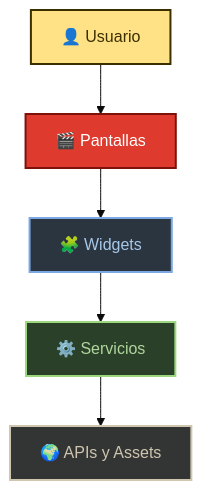
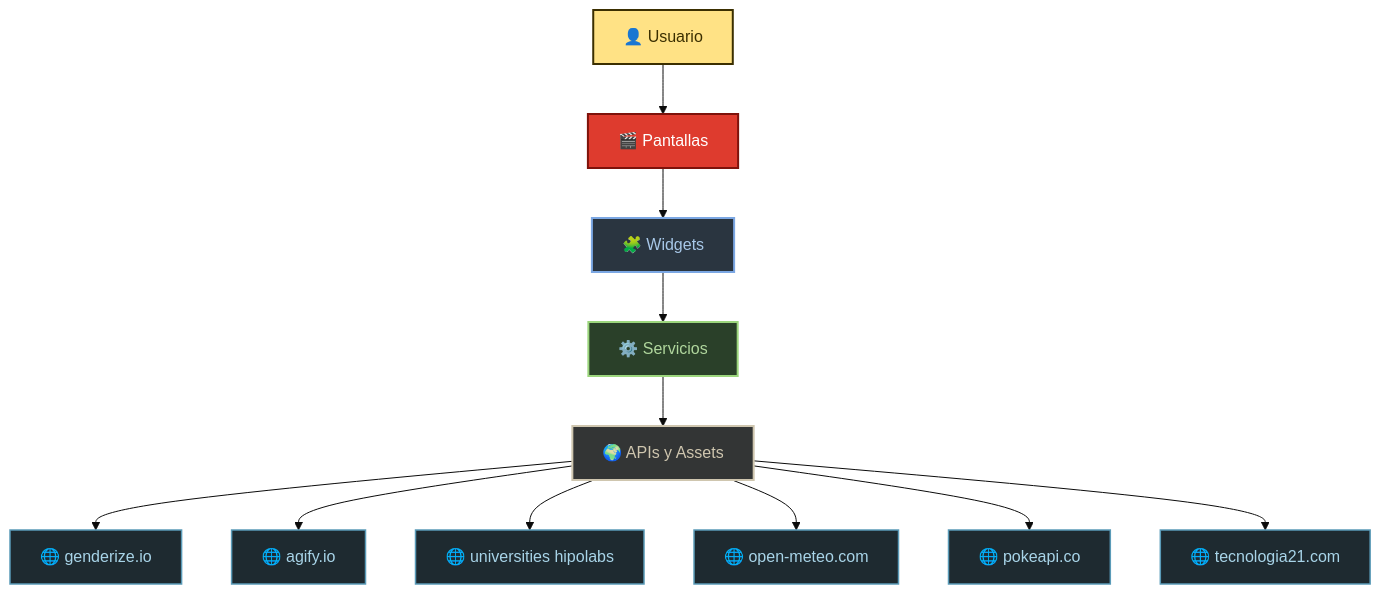
One commit to yeisondev001/Tarea5 changed the first of 3 diagrams in README.md. Above: the diagram before and after it, drawn with Mermaid (base theme).

Commit message:
docs: arquitectura incluye las 6 APIs consumidas

````diff
--- a/README.md
+++ b/README.md
@@ -119,16 +119,24 @@
 ```mermaid
 flowchart TD
     A[👤 Usuario]:::user
     B[🎬 Pantallas]:::screens
     C[🧩 Widgets]:::widgets
     D[⚙️ Servicios]:::services
     E[🌍 APIs y Assets]:::external
 
     A --> B --> C --> D --> E
 
+    E --> API1[🌐 genderize.io]:::api
+    E --> API2[🌐 agify.io]:::api
+    E --> API3[🌐 universities hipolabs]:::api
+    E --> API4[🌐 open-meteo.com]:::api
+    E --> API5[🌐 pokeapi.co]:::api
+    E --> API6[🌐 tecnologia21.com]:::api
+
     classDef user fill:#FFE285,color:#3B2F00,stroke:#3B2F00,stroke-width:2px
     classDef screens fill:#DE3B2E,color:#fff,stroke:#7E120B,stroke-width:2px
     classDef widgets fill:#2A3540,color:#A8C8E8,stroke:#7BA7E3,stroke-width:2px
     classDef services fill:#2A4029,color:#B0D69D,stroke:#9CD67D,stroke-width:2px
     classDef external fill:#333535,color:#CFC6AF,stroke:#CFC6AF,stroke-width:2px
+    classDef api fill:#1E2A30,color:#A8D4E8,stroke:#5A9BB8,stroke-width:1.5px
 ```
````
